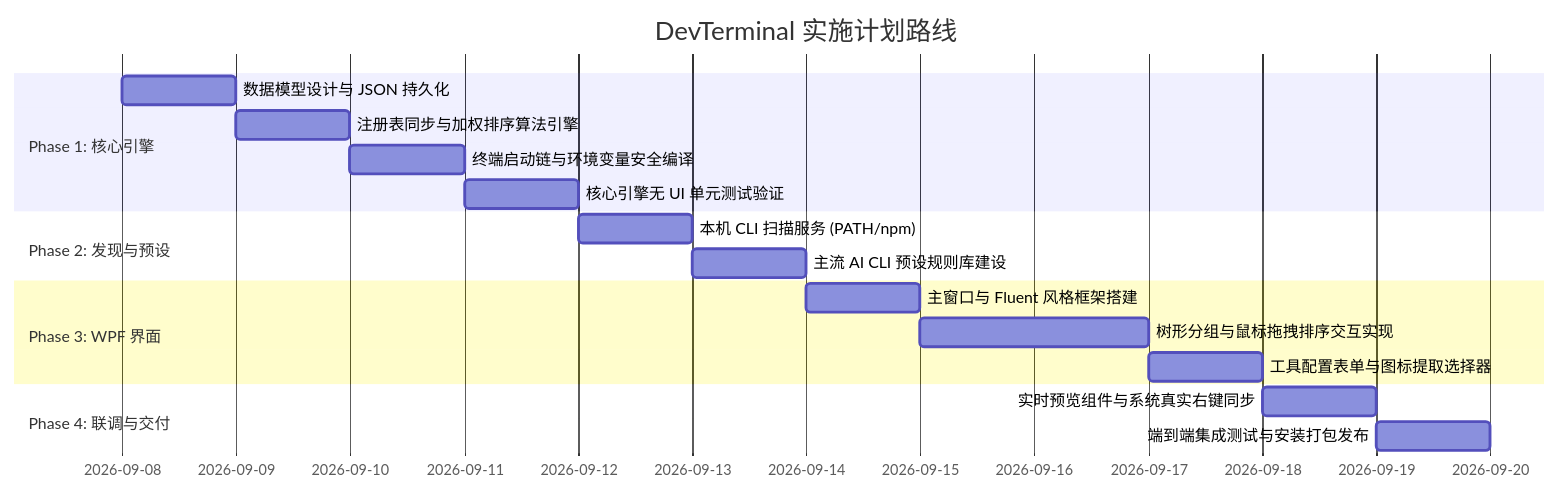
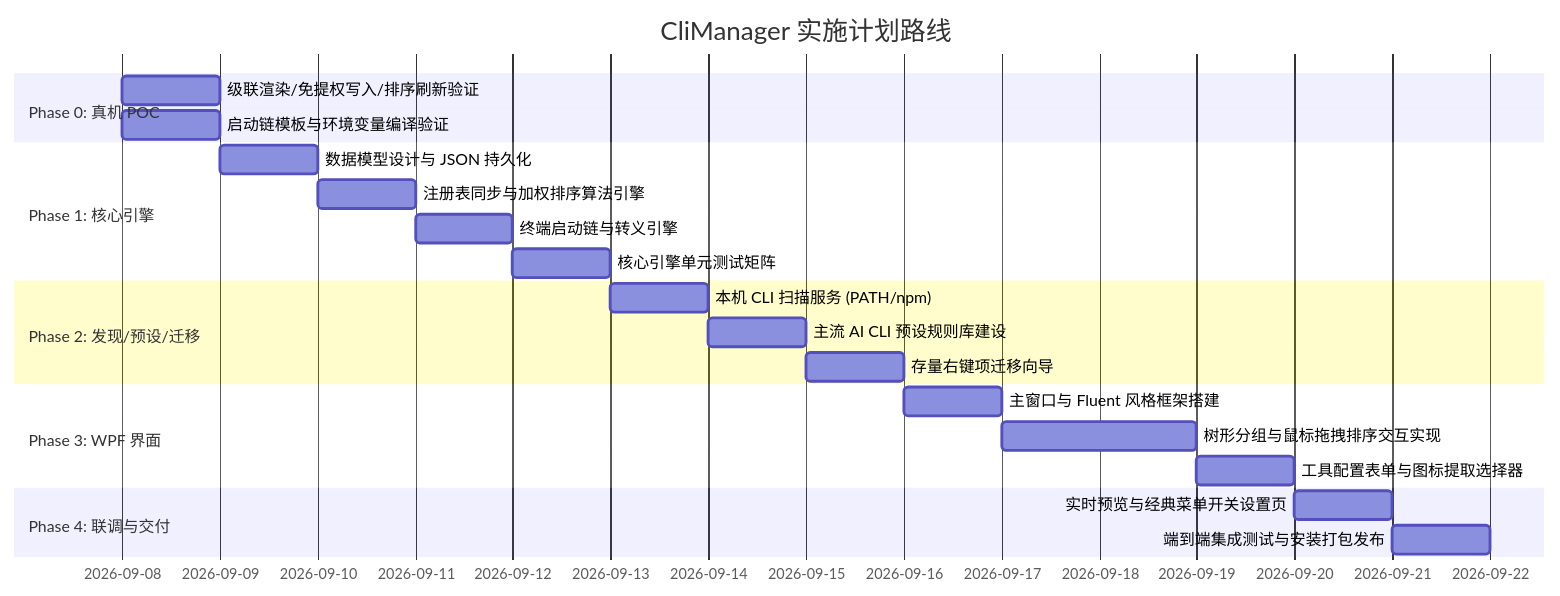
Before and after one commit to anyaoqi/Cli-Manager: the diagram in docs/开发终端管理工具-需求与架构规划方案.md, drawn with Mermaid. The commit also changed other lines of this file, not shown here.

````diff
--- a/docs/开发终端管理工具-需求与架构规划方案.md
+++ b/docs/开发终端管理工具-需求与架构规划方案.md
@@ -202,23 +417,28 @@
 ```mermaid
 gantt
-    title DevTerminal 实施计划路线
+    title CliManager 实施计划路线
     dateFormat  YYYY-MM-DD
+    section Phase 0: 真机 POC
+    级联渲染/免提权写入/排序刷新验证 :p0_1, 2026-09-08, 1d
+    启动链模板与环境变量编译验证     :p0_2, 2026-09-08, 0.5d
+
     section Phase 1: 核心引擎
-    数据模型设计与 JSON 持久化       :p1_1, 2026-09-08, 1d
+    数据模型设计与 JSON 持久化       :p1_1, after p0_1, 1d
     注册表同步与加权排序算法引擎      :p1_2, after p1_1, 1d
-    终端启动链与环境变量安全编译     :p1_3, after p1_2, 1d
-    核心引擎无 UI 单元测试验证       :p1_4, after p1_3, 1d
+    终端启动链与转义引擎            :p1_3, after p1_2, 1d
+    核心引擎单元测试矩阵            :p1_4, after p1_3, 1d
 
-    section Phase 2: 发现与预设
+    section Phase 2: 发现/预设/迁移
     本机 CLI 扫描服务 (PATH/npm)   :p2_1, after p1_4, 1d
     主流 AI CLI 预设规则库建设       :p2_2, after p2_1, 1d
+    存量右键项迁移向导              :p2_3, after p2_2, 1d
 
     section Phase 3: WPF 界面
-    主窗口与 Fluent 风格框架搭建     :p3_1, after p2_2, 1d
+    主窗口与 Fluent 风格框架搭建     :p3_1, after p2_3, 1d
     树形分组与鼠标拖拽排序交互实现   :p3_2, after p3_1, 2d
     工具配置表单与图标提取选择器     :p3_3, after p3_2, 1d
 
     section Phase 4: 联调与交付
-    实时预览组件与系统真实右键同步   :p4_1, after p3_3, 1d
+    实时预览与经典菜单开关设置页     :p4_1, after p3_3, 1d
     端到端集成测试与安装打包发布     :p4_2, after p4_1, 1d
 ```
````
